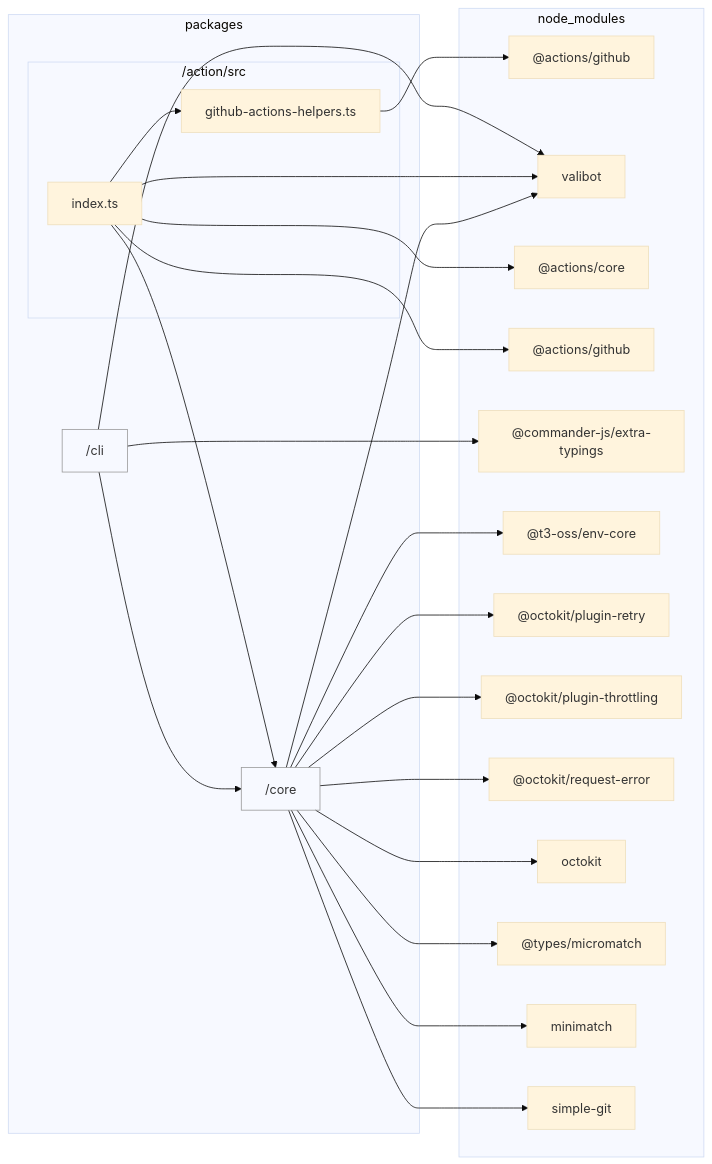
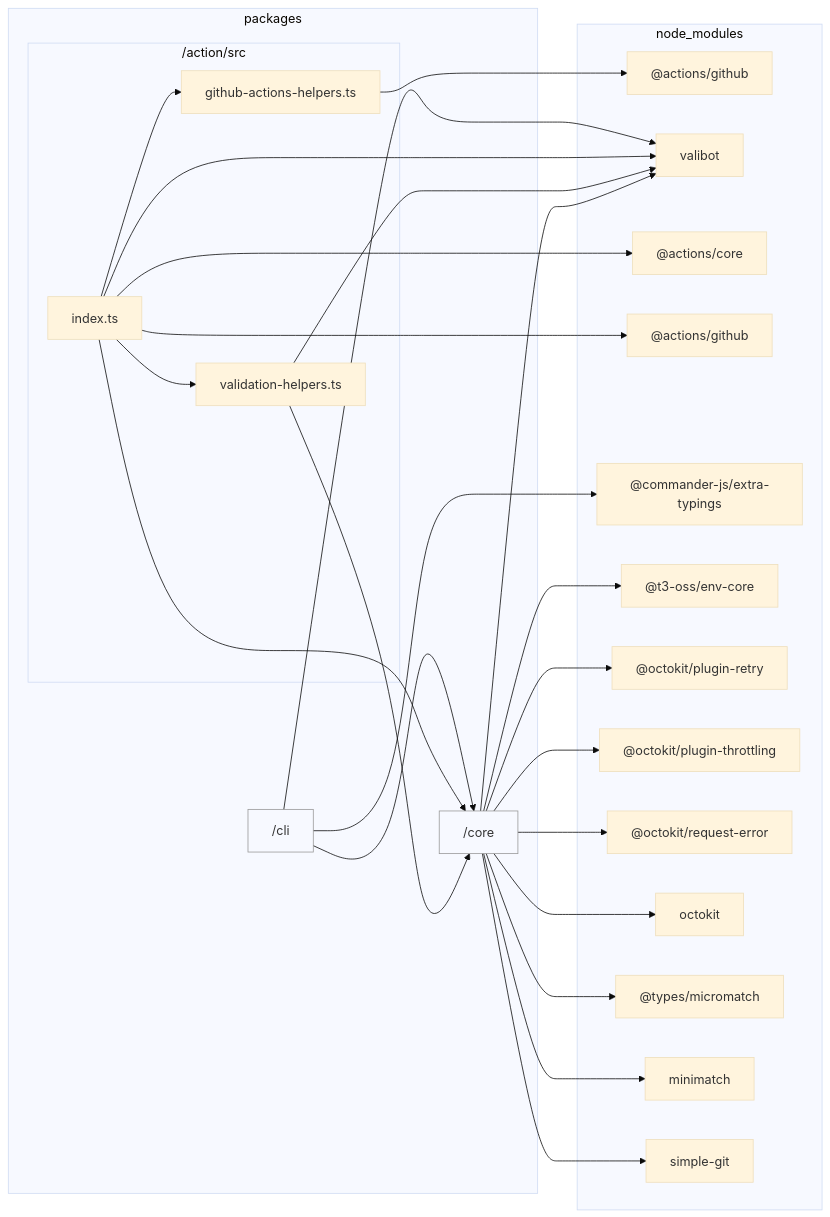
Before and after one commit to sugurutakahashi-1234/issue-linker: the diagram in docs/reports/dependencies/action.md, drawn with Mermaid (base theme). The commit also changed 8 other files, not shown here.

First line of the commit message:
refactor: move createCheckMessageOptions to validation-helpers [deps-change]

````diff
--- a/docs/reports/dependencies/action.md
+++ b/docs/reports/dependencies/action.md
@@ -7,45 +7,49 @@
 ```mermaid
 flowchart LR
     classDef dir fill:#0000,stroke:#999
     subgraph packages["packages"]
         packages/core["/core"]:::dir
         packages/cli["/cli"]:::dir
         subgraph packages/action/src["/action/src"]
             packages/action/src/github//actions//helpers.ts["github-actions-helpers.ts"]
+            packages/action/src/validation//helpers.ts["validation-helpers.ts"]
             packages/action/src/index.ts["index.ts"]
         end
     end
     subgraph node//modules["node_modules"]
         node//modules///actions/github/lib/context.d.ts["@actions/github"]
         node//modules/valibot/dist/index.d.cts["valibot"]
         node//modules///actions/core/lib/core.d.ts["@actions/core"]
         node//modules///actions/github/lib/github.d.ts["@actions/github"]
         node//modules///commander//js/extra//typings/index.d.ts["@commander-js/extra-typings"]
         node//modules///t3//oss/env//core/dist/index.d.ts["@t3-oss/env-core"]
         node//modules///octokit/plugin//retry/dist//types/index.d.ts["@octokit/plugin-retry"]
         node//modules///octokit/plugin//throttling/dist//types/index.d.ts["@octokit/plugin-throttling"]
         node//modules///octokit/request//error/dist//types/index.d.ts["@octokit/request-error"]
         node//modules/octokit/dist//types/index.d.ts["octokit"]
         node//modules///types/micromatch/index.d.ts["@types/micromatch"]
         node//modules/minimatch/dist/commonjs/index.d.ts["minimatch"]
         node//modules/simple//git/dist/typings/index.d.ts["simple-git"]
     end
     packages/action/src/github//actions//helpers.ts-->node//modules///actions/github/lib/context.d.ts
     packages/core-->node//modules/valibot/dist/index.d.cts
+    packages/action/src/validation//helpers.ts-->packages/core
+    packages/action/src/validation//helpers.ts-->node//modules/valibot/dist/index.d.cts
     packages/action/src/index.ts-->node//modules///actions/core/lib/core.d.ts
     packages/action/src/index.ts-->node//modules///actions/github/lib/github.d.ts
     packages/action/src/index.ts-->packages/core
     packages/action/src/index.ts-->node//modules/valibot/dist/index.d.cts
     packages/action/src/index.ts-->packages/action/src/github//actions//helpers.ts
+    packages/action/src/index.ts-->packages/action/src/validation//helpers.ts
     packages/cli-->node//modules///commander//js/extra//typings/index.d.ts
     packages/cli-->packages/core
     packages/cli-->node//modules/valibot/dist/index.d.cts
     packages/core-->node//modules///t3//oss/env//core/dist/index.d.ts
     packages/core-->node//modules///octokit/plugin//retry/dist//types/index.d.ts
     packages/core-->node//modules///octokit/plugin//throttling/dist//types/index.d.ts
     packages/core-->node//modules///octokit/request//error/dist//types/index.d.ts
     packages/core-->node//modules/octokit/dist//types/index.d.ts
     packages/core-->node//modules///types/micromatch/index.d.ts
     packages/core-->node//modules/minimatch/dist/commonjs/index.d.ts
     packages/core-->node//modules/simple//git/dist/typings/index.d.ts
 ```
````
